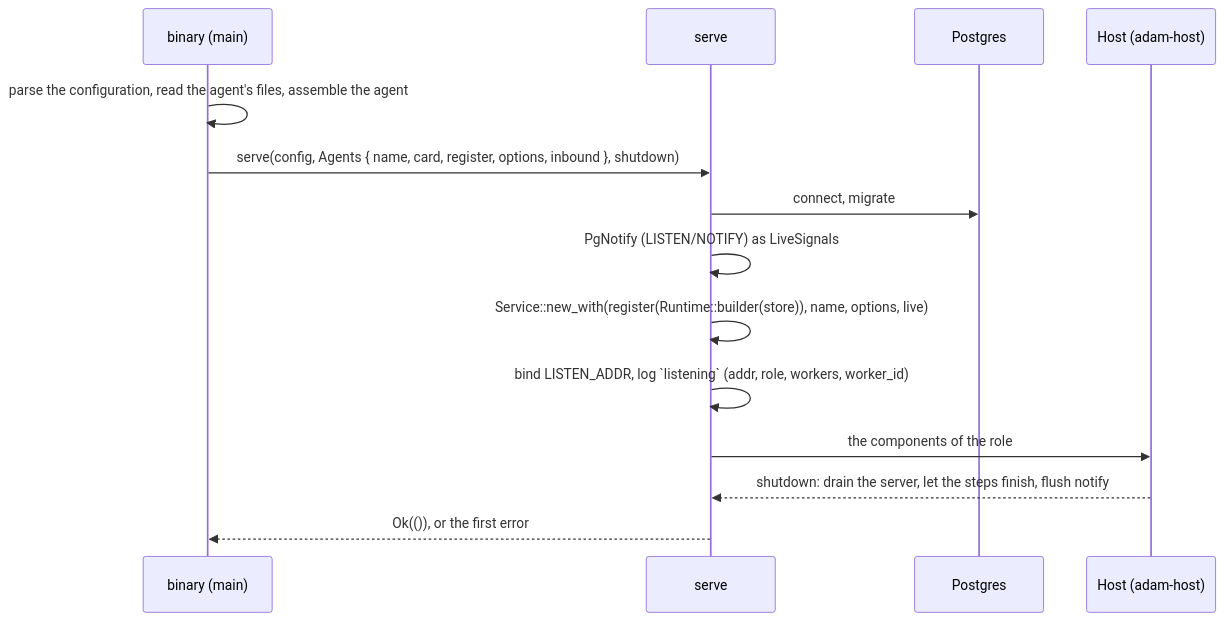
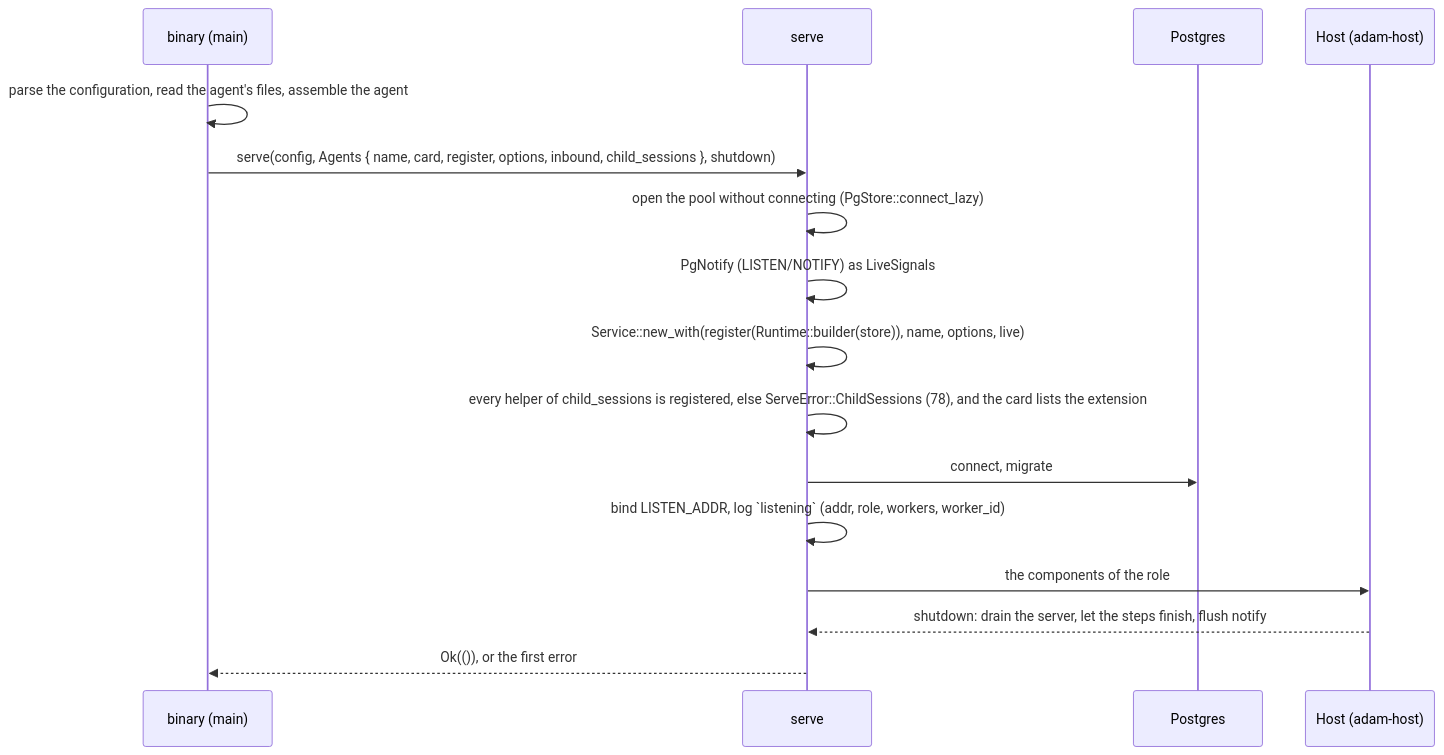
One commit to vymalo/another-adam-rs changed the second of 3 diagrams in crates/adam-service/README.md. Above: the diagram before and after it, drawn with Mermaid. The commit also changed other lines of this file and 47 other files, not shown here.

First line of the commit message:
feat(agent): serve child-sessions/v1 from adam-agent and adam-coder (ADR 0045 A6c) (#198)

````diff
--- a/crates/adam-service/README.md
+++ b/crates/adam-service/README.md
@@ -87,16 +87,18 @@
 ```mermaid
 sequenceDiagram
   participant B as binary (main)
   participant S as serve
   participant P as Postgres
   participant H as Host (adam-host)
   B->>B: parse the configuration, read the agent's files, assemble the agent
-  B->>S: serve(config, Agents { name, card, register, options, inbound }, shutdown)
-  S->>P: connect, migrate
+  B->>S: serve(config, Agents { name, card, register, options, inbound, child_sessions }, shutdown)
+  S->>S: open the pool without connecting (PgStore::connect_lazy)
   S->>S: PgNotify (LISTEN/NOTIFY) as LiveSignals
   S->>S: Service::new_with(register(Runtime::builder(store)), name, options, live)
+  S->>S: every helper of child_sessions is registered, else ServeError::ChildSessions (78), and the card lists the extension
+  S->>P: connect, migrate
   S->>S: bind LISTEN_ADDR, log `listening` (addr, role, workers, worker_id)
   S->>H: the components of the role
   H-->>S: shutdown: drain the server, let the steps finish, flush notify
   S-->>B: Ok(()), or the first error
 ```
````
